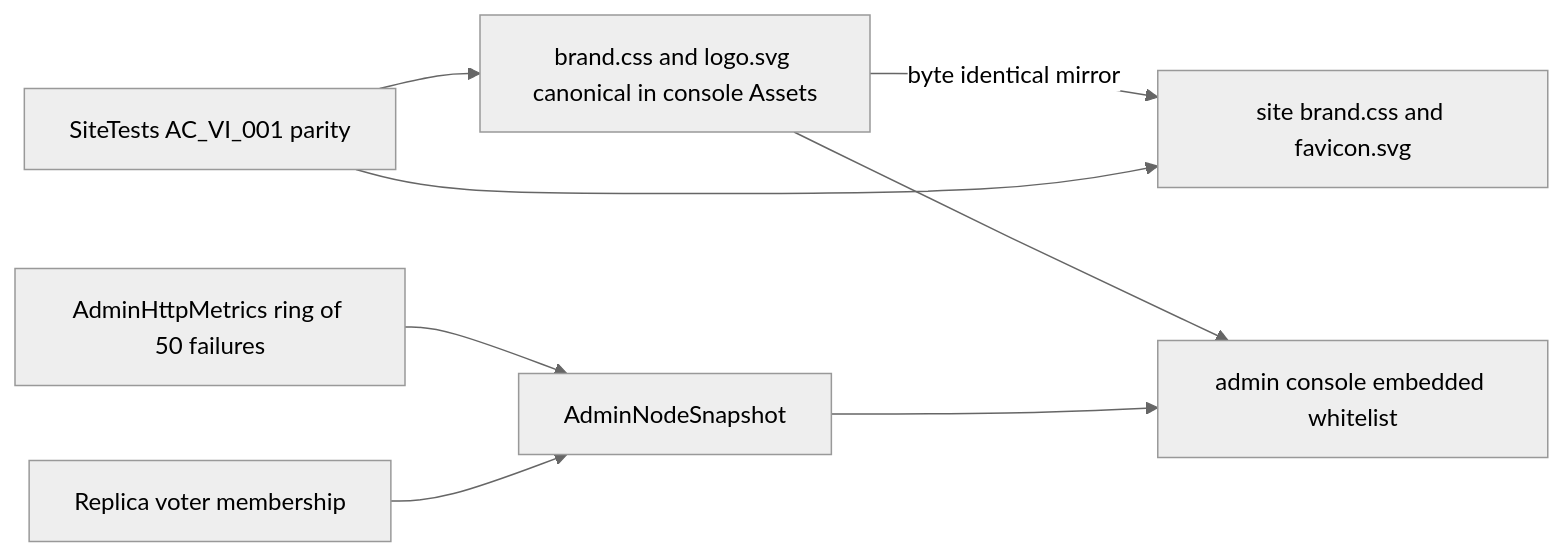
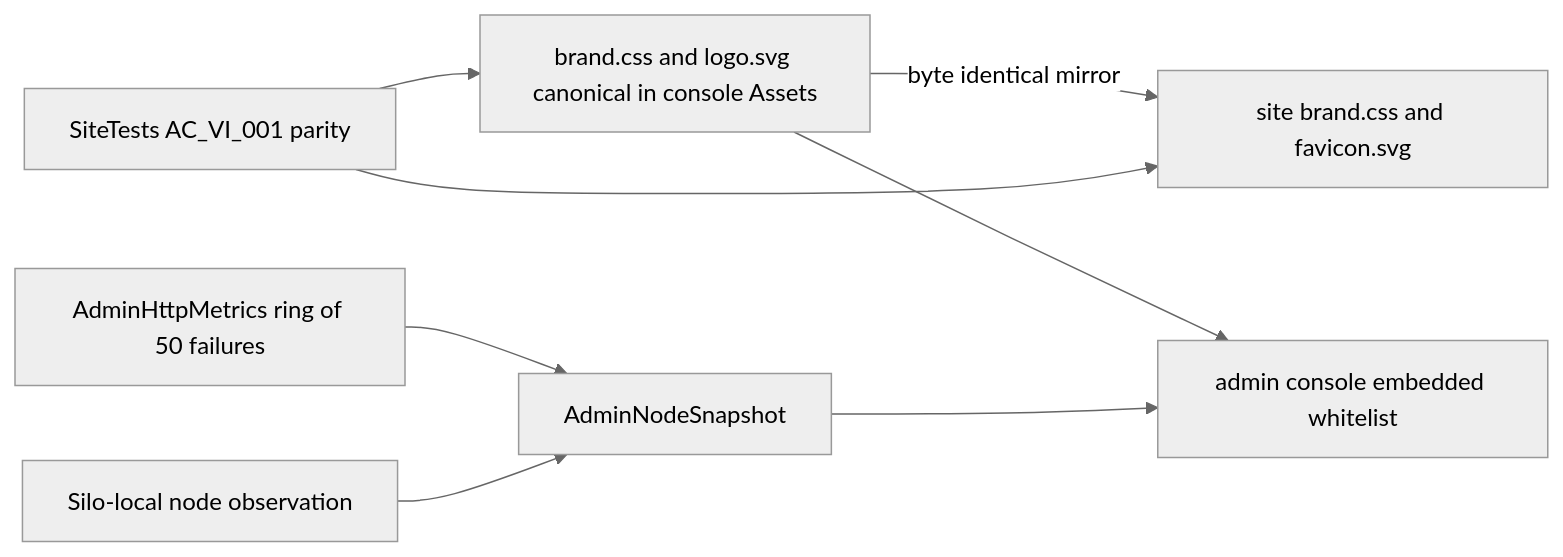
Before and after one commit to managedcode/KeyLoad: the diagram in docs/ADR/ADR-053-unified-visual-identity.md, drawn with Mermaid (neutral theme). The commit also changed other lines of this file and 7356 other files, not shown here.

````diff
--- a/docs/ADR/ADR-053-unified-visual-identity.md
+++ b/docs/ADR/ADR-053-unified-visual-identity.md
@@ -62,10 +62,10 @@
 ```mermaid
 flowchart LR
     Brand[brand.css and logo.svg canonical in console Assets] --> Console[admin console embedded whitelist]
     Brand -->|byte identical mirror| Site[site brand.css and favicon.svg]
     Drift[SiteTests AC_VI_001 parity] --> Site
     Drift --> Brand
     Server[AdminHttpMetrics ring of 50 failures] --> Snapshot[AdminNodeSnapshot]
-    Config[Replica voter membership] --> Snapshot
+    Config[Silo-local node observation] --> Snapshot
     Snapshot --> Console
 ```
````
